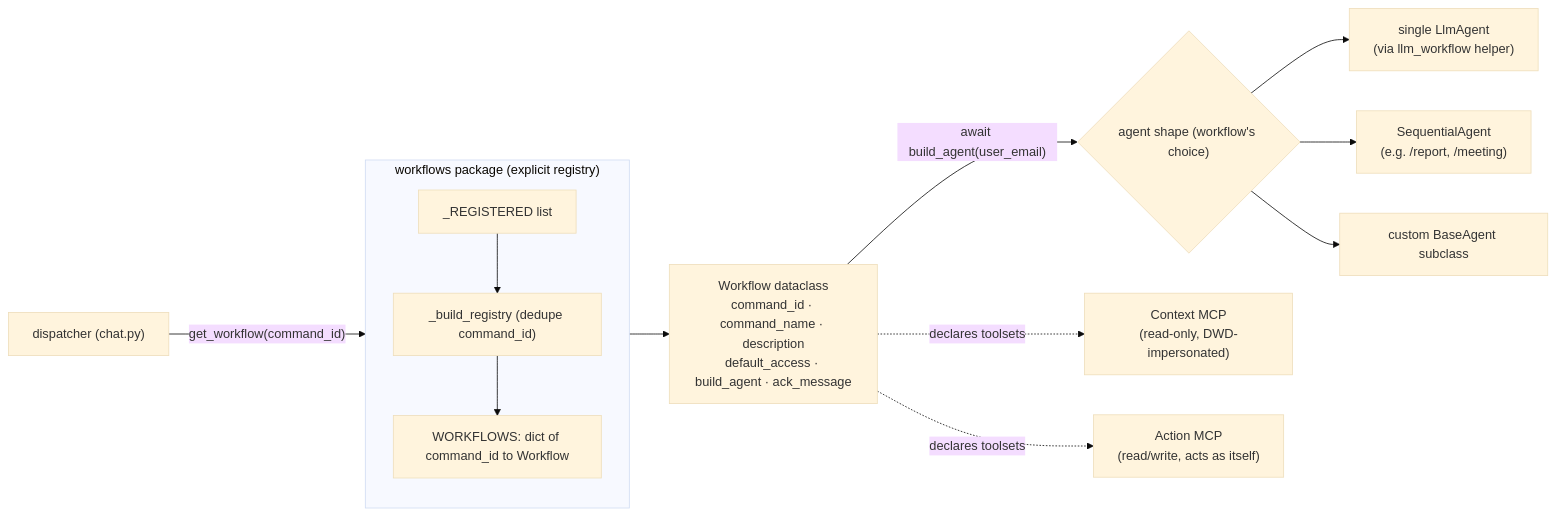
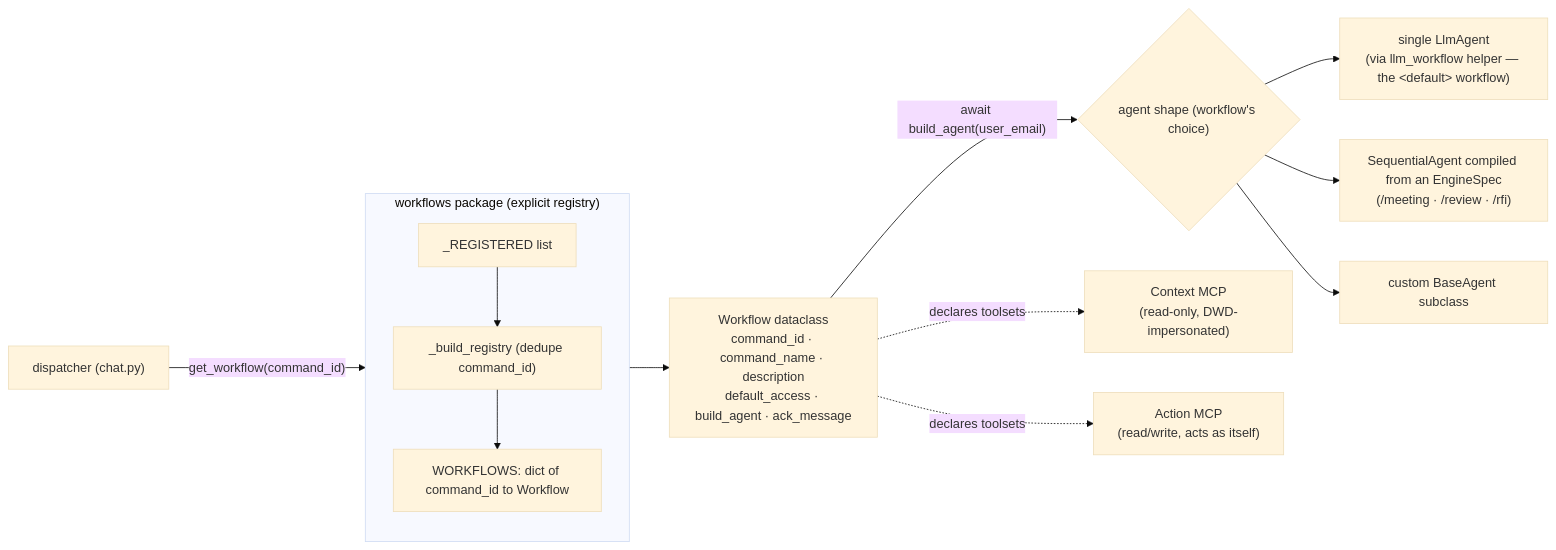
The fifth of 8 diagrams in Docs/Workflow-Engine.md (Bojackson123/Workspace-Agent), drawn with Mermaid (base theme) before and after one commit. The commit also changed other lines of this file and 53 other files, not shown here.

First line of the commit message:
Refactor workflows to use EngineSpec and streamline pipeline definitions

````diff
--- a/Docs/Workflow-Engine.md
+++ b/Docs/Workflow-Engine.md
@@ -124,18 +124,18 @@
 ```mermaid
 flowchart LR
     subgraph reg["workflows package (explicit registry)"]
       direction TB
       L["_REGISTERED list"] --> BR["_build_registry (dedupe command_id)"]
       BR --> DICT["WORKFLOWS: dict of command_id to Workflow"]
     end
 
     DISP["dispatcher (chat.py)"] -->|"get_workflow(command_id)"| DICT
     DICT --> WF["Workflow dataclass<br/>command_id · command_name · description<br/>default_access · build_agent · ack_message"]
     WF -->|"await build_agent(user_email)"| SHAPE{"agent shape (workflow's choice)"}
-    SHAPE --> A1["single LlmAgent<br/>(via llm_workflow helper)"]
-    SHAPE --> A2["SequentialAgent<br/>(e.g. /report, /meeting)"]
+    SHAPE --> A1["single LlmAgent<br/>(via llm_workflow helper — the &lt;default&gt; workflow)"]
+    SHAPE --> A2["SequentialAgent compiled from an EngineSpec<br/>(/meeting · /review · /rfi)"]
     SHAPE --> A3["custom BaseAgent subclass"]
 
     WF -.->|"declares toolsets"| T1["Context MCP<br/>(read-only, DWD-impersonated)"]
     WF -.->|"declares toolsets"| T2["Action MCP<br/>(read/write, acts as itself)"]
 ```
````
